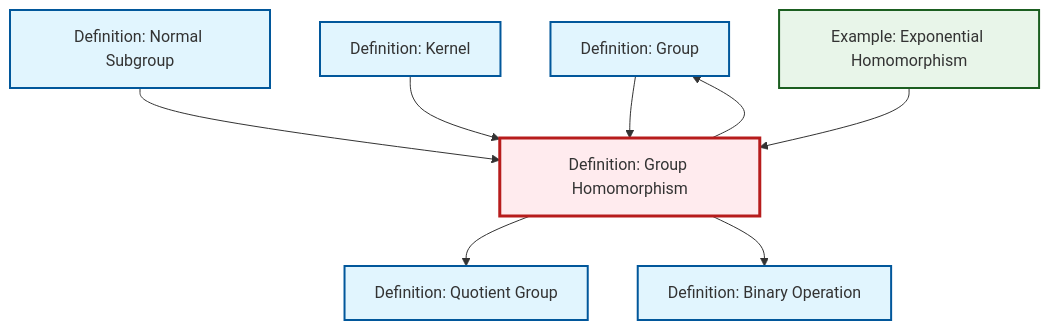
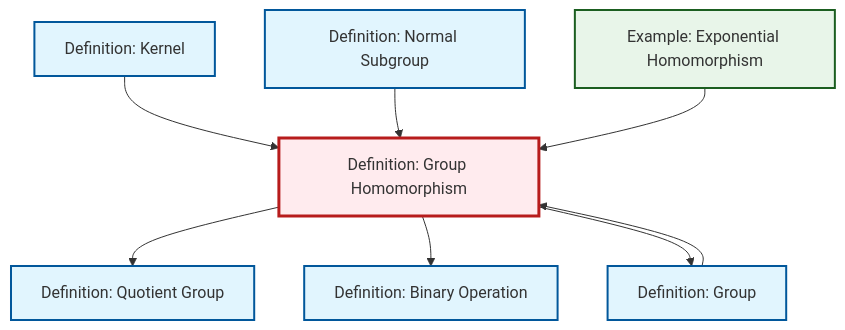
Before and after one commit to RK0429/ModernMath: the diagram in content/en/algebra/def-homomorphism.qmd, drawn with Mermaid. The commit also changed other lines of this file and 474 other files, not shown here.

````diff
--- a/content/en/algebra/def-homomorphism.qmd
+++ b/content/en/algebra/def-homomorphism.qmd
@@ -61,30 +61,30 @@
 ```{mermaid}
 %%| fig-cap: "Local dependency graph"
 graph TD
     classDef definition fill:#e1f5fe,stroke:#01579b,stroke-width:2px
     classDef theorem fill:#f3e5f5,stroke:#4a148c,stroke-width:2px
     classDef axiom fill:#fff3e0,stroke:#e65100,stroke-width:2px
     classDef example fill:#e8f5e9,stroke:#1b5e20,stroke-width:2px
     classDef current fill:#ffebee,stroke:#b71c1c,stroke-width:3px
+    def-quotient-group["Definition: Quotient Group"]:::definition
+    def-kernel["Definition: Kernel"]:::definition
+    def-homomorphism["Definition: Group Homomorphism"]:::definition
+    ex-exponential-homomorphism["Example: Exponential Homomorphism"]:::example
+    def-normal-subgroup["Definition: Normal Subgroup"]:::definition
     def-group["Definition: Group"]:::definition
-    def-homomorphism["Definition: Group Homomorphism"]:::definition
     def-binary-operation["Definition: Binary Operation"]:::definition
-    def-kernel["Definition: Kernel"]:::definition
-    def-normal-subgroup["Definition: Normal Subgroup"]:::definition
-    def-quotient-group["Definition: Quotient Group"]:::definition
-    ex-exponential-homomorphism["Example: Exponential Homomorphism"]:::example
+    def-kernel --> def-homomorphism
+    def-homomorphism --> def-quotient-group
     def-normal-subgroup --> def-homomorphism
-    def-homomorphism --> def-quotient-group
+    def-homomorphism --> def-binary-operation
     def-group --> def-homomorphism
-    def-kernel --> def-homomorphism
-    def-homomorphism --> def-binary-operation
+    def-homomorphism --> def-group
     ex-exponential-homomorphism --> def-homomorphism
-    def-homomorphism --> def-group
     class def-homomorphism current
+    click def-quotient-group "def-quotient-group.html" "Go to Quotient Group definition"
+    click def-kernel "def-kernel.html" "Go to Kernel definition"
+    click ex-exponential-homomorphism "ex-exponential-homomorphism.html" "Go to Exponential Homomorphism example"
+    click def-normal-subgroup "def-normal-subgroup.html" "Go to Normal Subgroup definition"
     click def-group "def-group.html" "Go to Group definition"
     click def-binary-operation "def-binary-operation.html" "Go to Binary Operation definition"
-    click def-kernel "def-kernel.html" "Go to Kernel definition"
-    click def-normal-subgroup "def-normal-subgroup.html" "Go to Normal Subgroup definition"
-    click def-quotient-group "def-quotient-group.html" "Go to Quotient Group definition"
-    click ex-exponential-homomorphism "ex-exponential-homomorphism.html" "Go to Exponential Homomorphism example"
 ```
````
